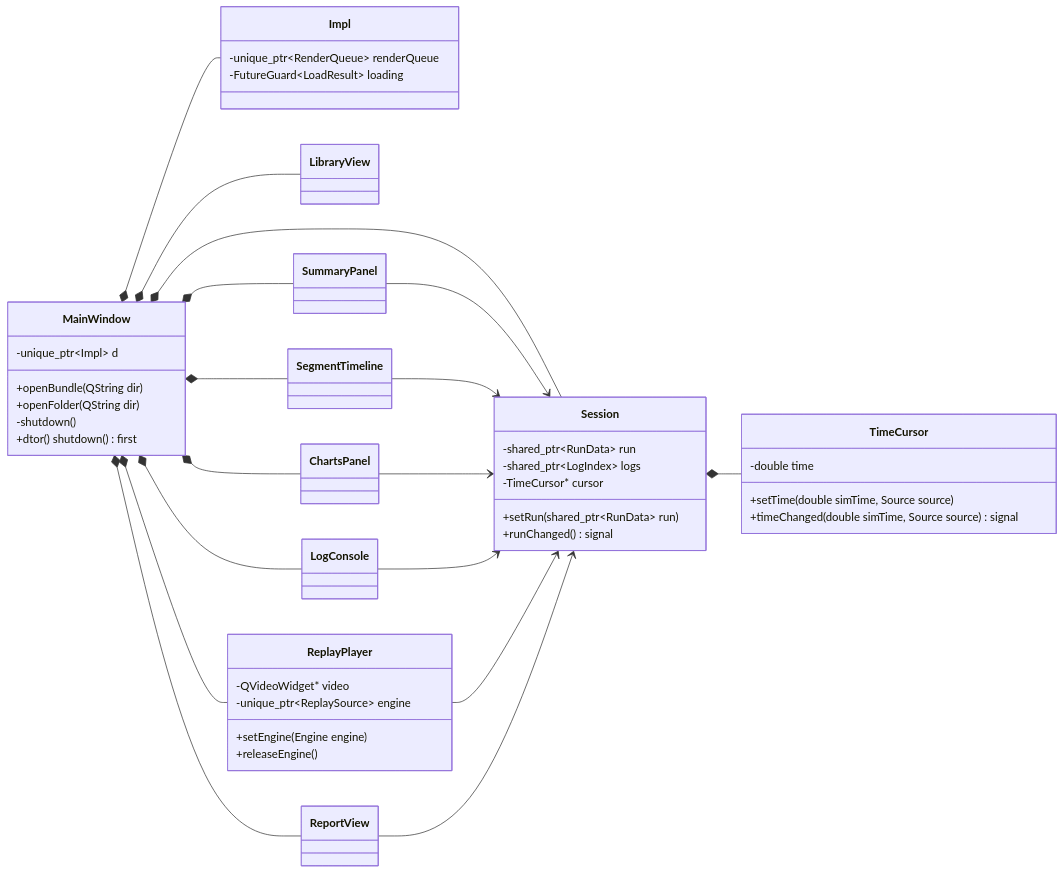
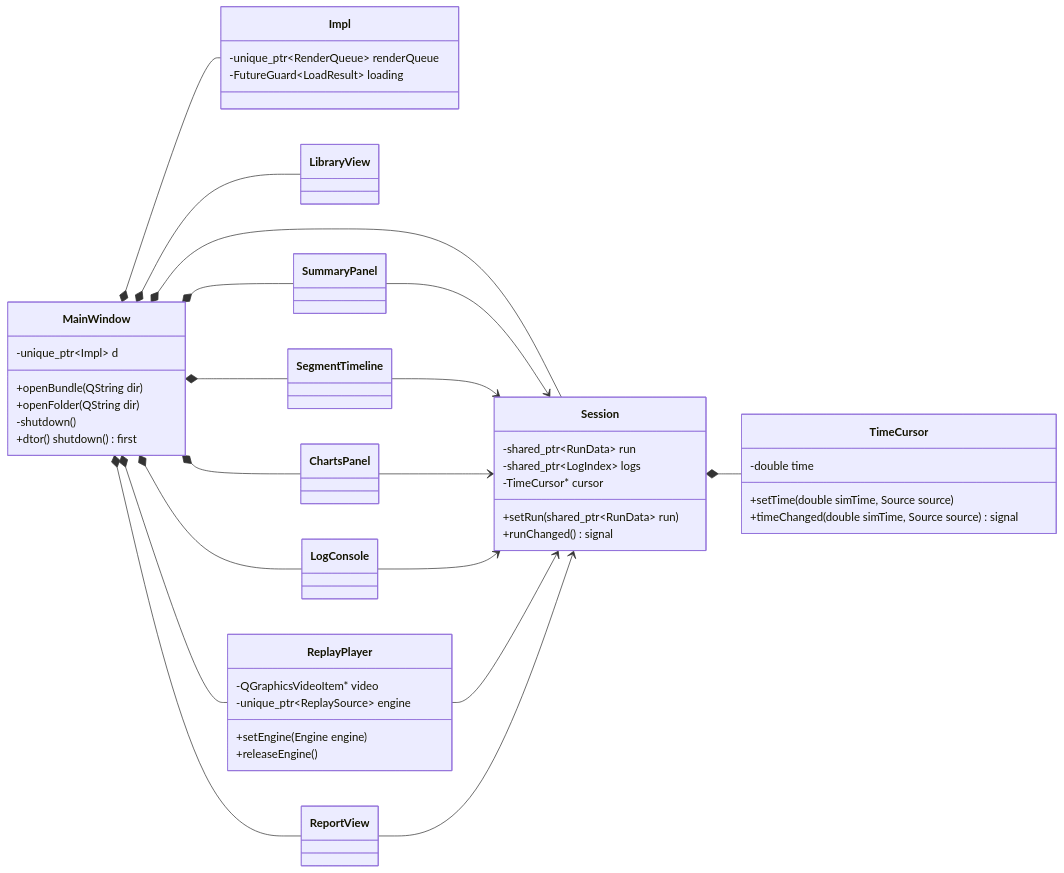
One commit to muhammadadeelzahid/replay-lab changed the third of 4 diagrams in docs/diagrams.md. Above: the diagram before and after it, drawn with Mermaid. The commit also changed other lines of this file and 24 other files, not shown here.

````diff
--- a/docs/diagrams.md
+++ b/docs/diagrams.md
@@ -280,57 +280,57 @@
 ```mermaid
 classDiagram
   direction LR
 
   class MainWindow {
     -unique_ptr~Impl~ d
     +openBundle(QString dir)
     +openFolder(QString dir)
     -shutdown()
     +dtor() shutdown() first
   }
   class Impl {
     -unique_ptr~RenderQueue~ renderQueue
     -FutureGuard~LoadResult~ loading
   }
   class Session {
     -shared_ptr~RunData~ run
     -shared_ptr~LogIndex~ logs
     -TimeCursor* cursor
     +setRun(shared_ptr~RunData~ run)
     +runChanged() signal
   }
   class TimeCursor {
     -double time
     +setTime(double simTime, Source source)
     +timeChanged(double simTime, Source source) signal
   }
   class LibraryView
   class SummaryPanel
   class SegmentTimeline
   class ChartsPanel
   class LogConsole
   class ReplayPlayer {
-    -QVideoWidget* video
+    -QGraphicsVideoItem* video
     -unique_ptr~ReplaySource~ engine
     +setEngine(Engine engine)
     +releaseEngine()
   }
   class ReportView
 
   MainWindow *-- Impl
   MainWindow *-- Session
   MainWindow *-- LibraryView
   MainWindow *-- SummaryPanel
   MainWindow *-- SegmentTimeline
   MainWindow *-- ChartsPanel
   MainWindow *-- LogConsole
   MainWindow *-- ReplayPlayer
   MainWindow *-- ReportView
   Session *-- TimeCursor
   SummaryPanel --> Session
   SegmentTimeline --> Session
   ChartsPanel --> Session
   LogConsole --> Session
   ReplayPlayer --> Session
   ReportView --> Session
 ```
````
